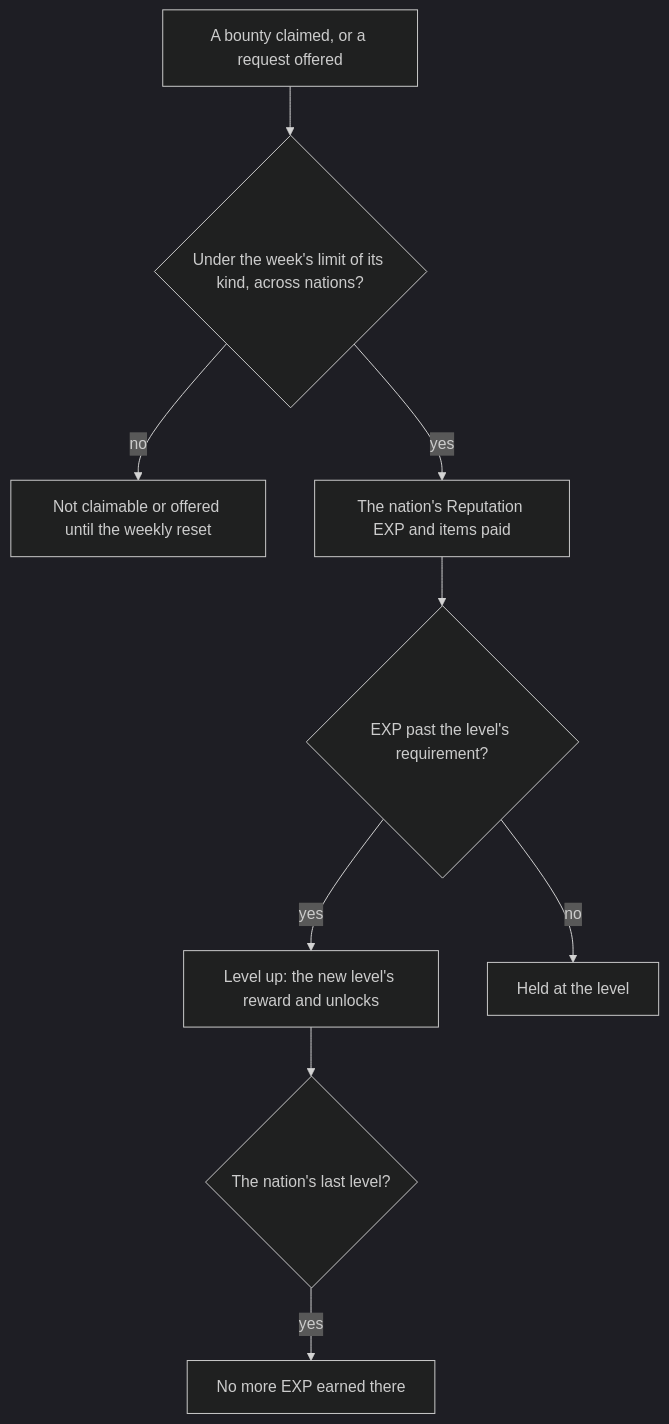
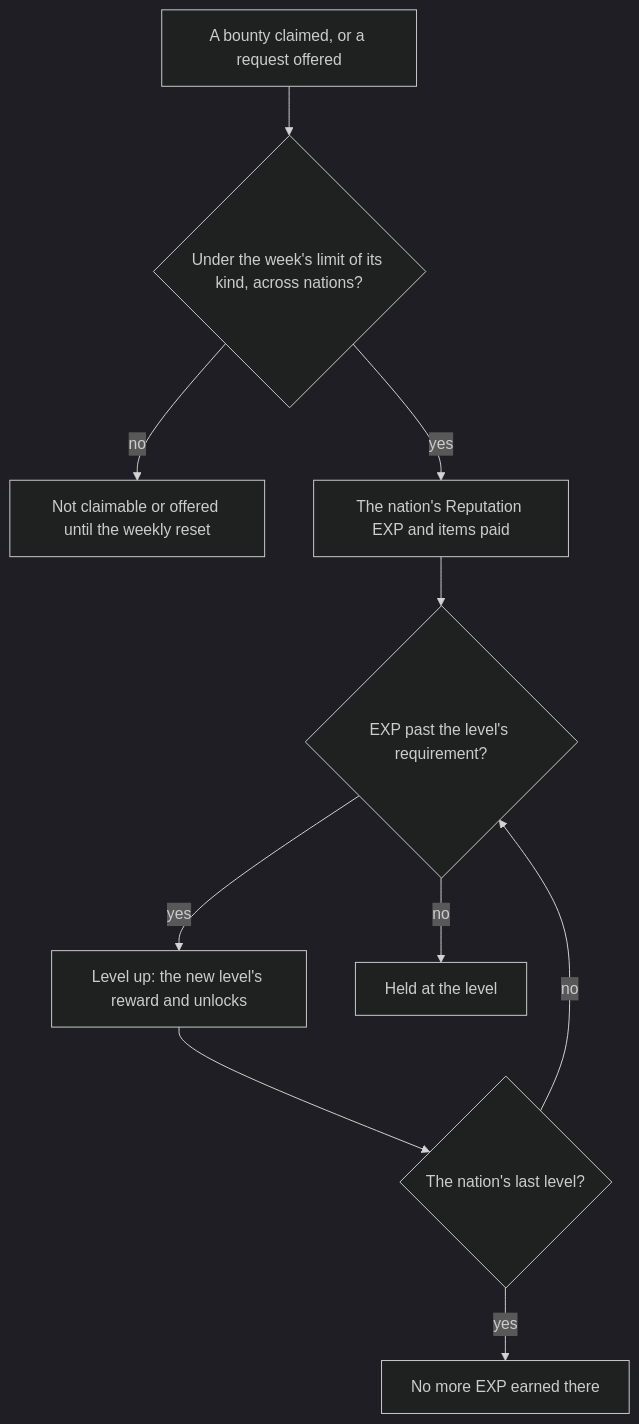
Before and after one commit to Esposter/Esposter: the diagram in openspec/specs/genshin/reputation/design.md, drawn with Mermaid (dark theme). The commit also changed other lines of this file and 12 other files, not shown here.

````diff
--- a/openspec/specs/genshin/reputation/design.md
+++ b/openspec/specs/genshin/reputation/design.md
@@ -7,11 +7,12 @@
 ```mermaid
 flowchart TD
   CLAIM["A bounty claimed, or a request offered"] --> WEEK{"Under the week's limit of its kind, across nations?"}
   WEEK -->|"no"| SHUT["Not claimable or offered until the weekly reset"]
   WEEK -->|"yes"| PAY["The nation's Reputation EXP and items paid"]
   PAY --> CARRY{"EXP past the level's requirement?"}
   CARRY -->|"yes"| UP["Level up: the new level's reward and unlocks"]
   CARRY -->|"no"| HOLD["Held at the level"]
   UP --> LAST{"The nation's last level?"}
   LAST -->|"yes"| NONE["No more EXP earned there"]
+  LAST -->|"no"| CARRY
 ```
````
